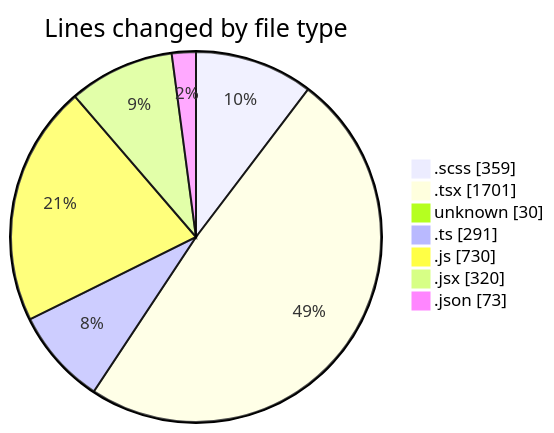
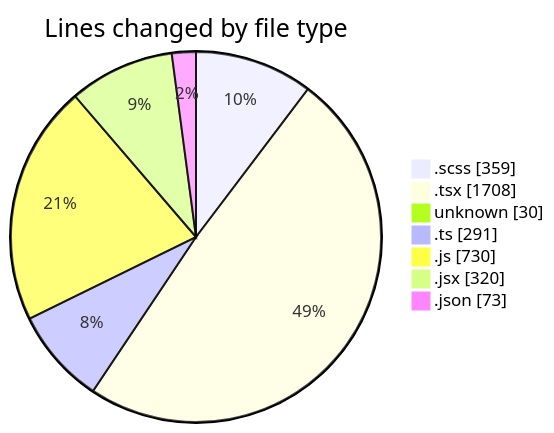
Before and after one commit to momahboobian/code-tracking: the first of 2 diagrams in 2025-03-05/cda/README.md, drawn with Mermaid. The commit also changed other lines of this file and 1 other file, not shown here.

````diff
--- a/2025-03-05/cda/README.md
+++ b/2025-03-05/cda/README.md
@@ -45,11 +45,11 @@
 ```mermaid
 pie showData
 title Lines changed by file type
 ".scss" : 359
-".tsx" : 1701
+".tsx" : 1708
 "unknown" : 30
 ".ts" : 291
 ".js" : 730
 ".jsx" : 320
 ".json" : 73
 ```
````
